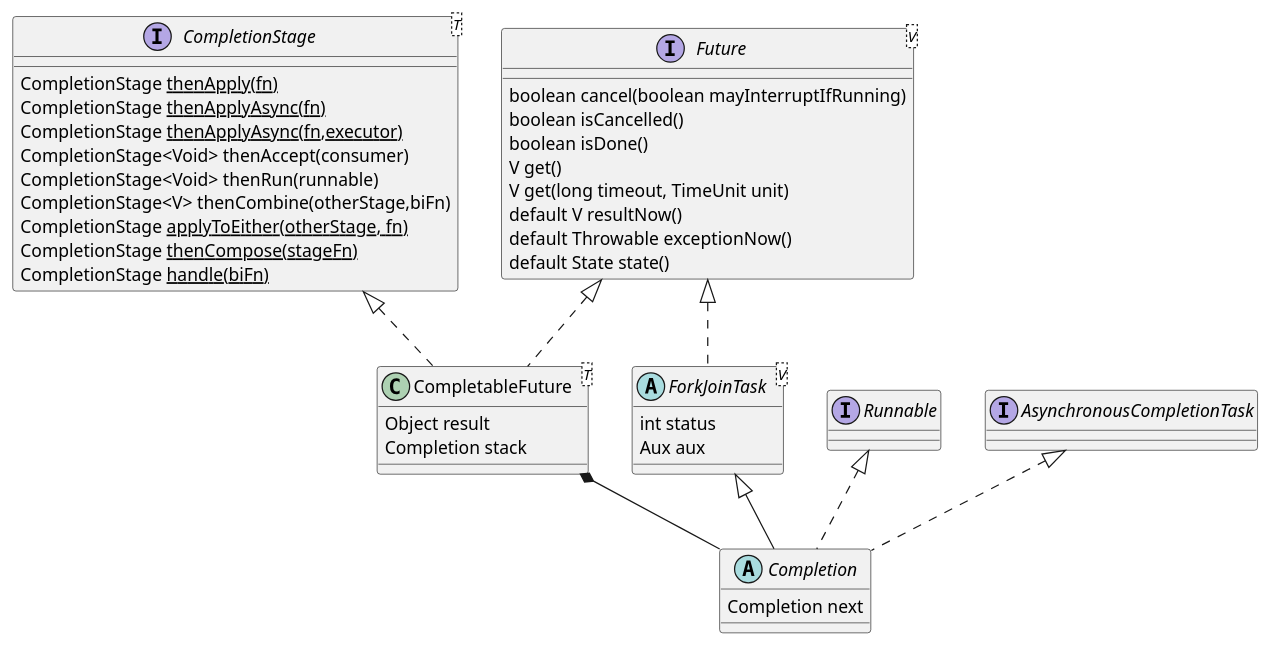
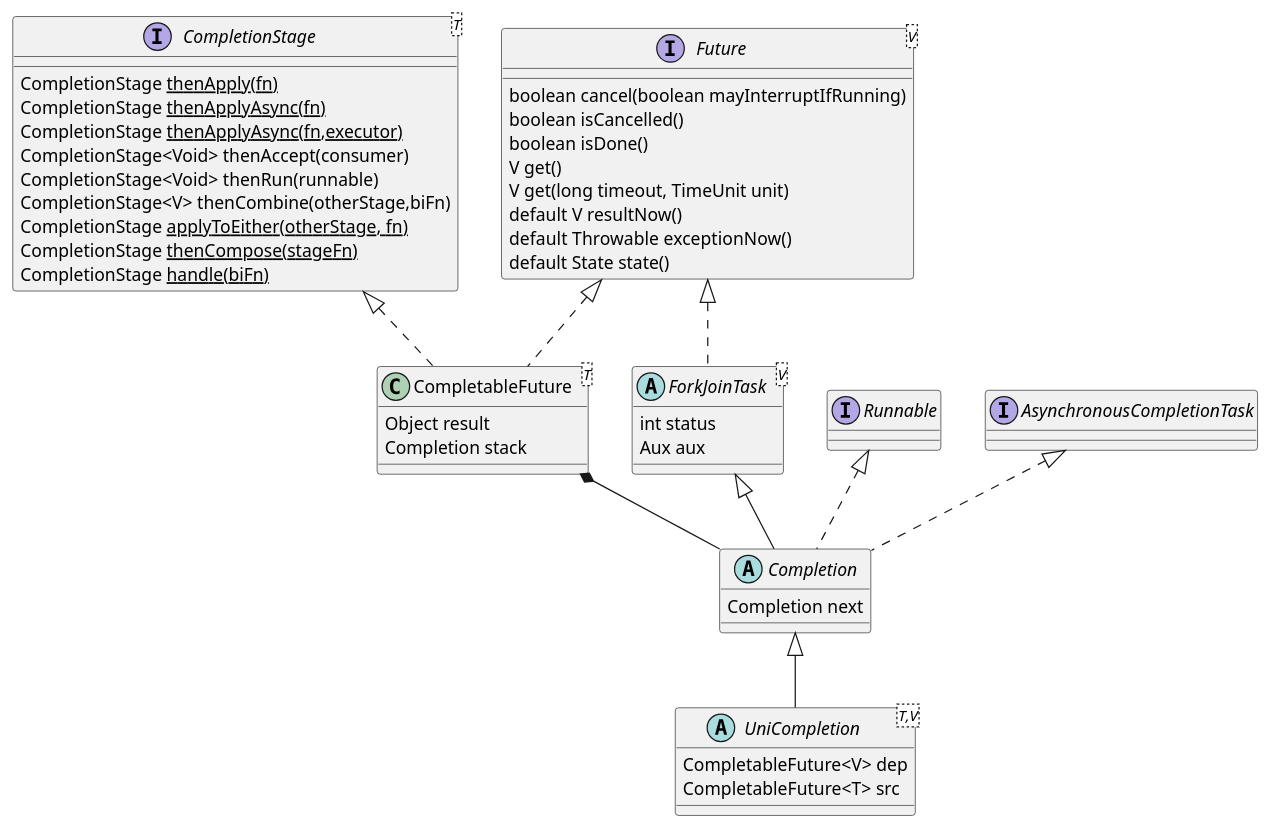
Before and after one commit to kevinwang930/kevinwang930.github.io: the second of 2 diagrams in content/post/java/concurrency/scheduling.md, drawn with PlantUML. The commit also changed 1 other file, not shown here.

````diff
--- a/content/post/java/concurrency/scheduling.md
+++ b/content/post/java/concurrency/scheduling.md
@@ -130,40 +130,45 @@
 ```plantuml
 interface CompletionStage<T>  {
      CompletionStage<U> thenApply(fn)
      CompletionStage<U> thenApplyAsync(fn)
      CompletionStage<U> thenApplyAsync(fn,executor)
      CompletionStage<Void> thenAccept(consumer)
      CompletionStage<Void> thenRun(runnable)
      CompletionStage<V> thenCombine(otherStage,biFn)
      CompletionStage<U> applyToEither(otherStage, fn)
      CompletionStage<U> thenCompose(stageFn)
      CompletionStage<U> handle(biFn)
 }
 
 interface Future<V> {
     boolean cancel(boolean mayInterruptIfRunning)
     boolean isCancelled()
     boolean isDone()
     V get() 
     V get(long timeout, TimeUnit unit)
     default V resultNow() 
     default Throwable exceptionNow()
     default State state()
 }
 
 class CompletableFuture<T> implements Future, CompletionStage {
     Object result
     Completion stack
 }
 
+abstract class ForkJoinTask<V> implements Future {
+    int status
+    Aux aux
+}
 abstract class Completion extends ForkJoinTask<Void> implements Runnable,AsynchronousCompletionTask {
     Completion next
         }
 
-abstract class ForkJoinTask<V> implements Future {
-    int status
-    Aux aux
+abstract  class UniCompletion<T,V> extends Completion {
+    CompletableFuture<V> dep
+    CompletableFuture<T> src
 }
+
 
 CompletableFuture *-down- Completion
 ```
````
